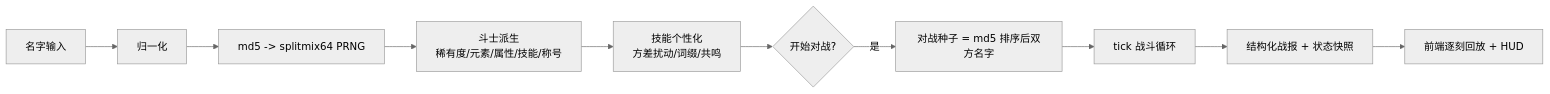
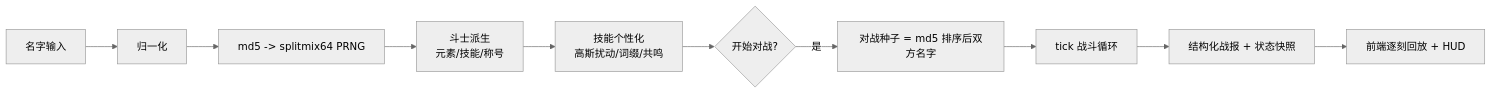
The first of 2 diagrams in docs/GAME_SPEC.md (icdyso/namefight_pro), drawn with Mermaid (neutral theme) before and after one commit. The commit also changed other lines of this file and 20 other files, not shown here.

````diff
--- a/docs/GAME_SPEC.md
+++ b/docs/GAME_SPEC.md
@@ -15,12 +19,12 @@
 ```mermaid
 flowchart LR
     A[名字输入] --> B[归一化]
     B --> C[md5 -> splitmix64 PRNG]
-    C --> D[斗士派生<br/>稀有度/元素/属性/技能/称号]
-    D --> E[技能个性化<br/>方差扰动/词缀/共鸣]
+    C --> D[斗士派生<br/>元素/技能/称号]
+    D --> E[技能个性化<br/>高斯扰动/词缀/共鸣]
     E --> F{开始对战?}
     F -->|是| G[对战种子 = md5 排序后双方名字]
     G --> H[tick 战斗循环]
     H --> I[结构化战报 + 状态快照]
     I --> J[前端逐刻回放 + HUD]
 ```
````
